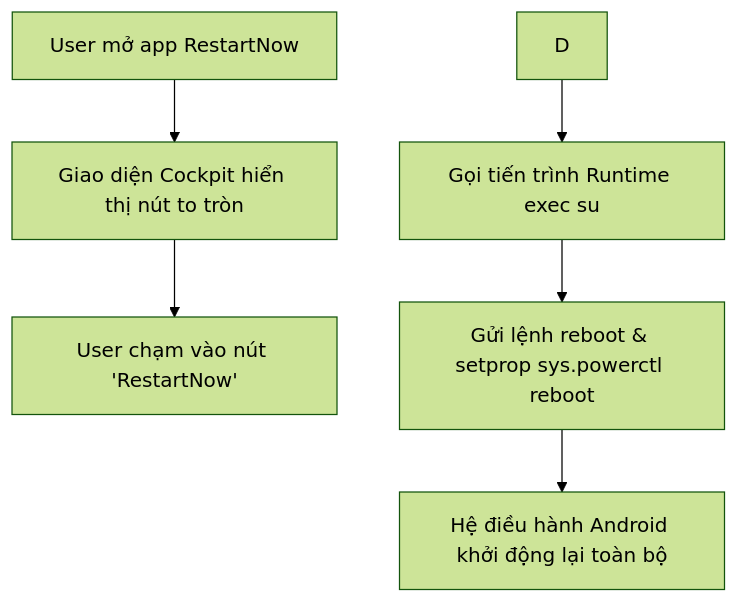
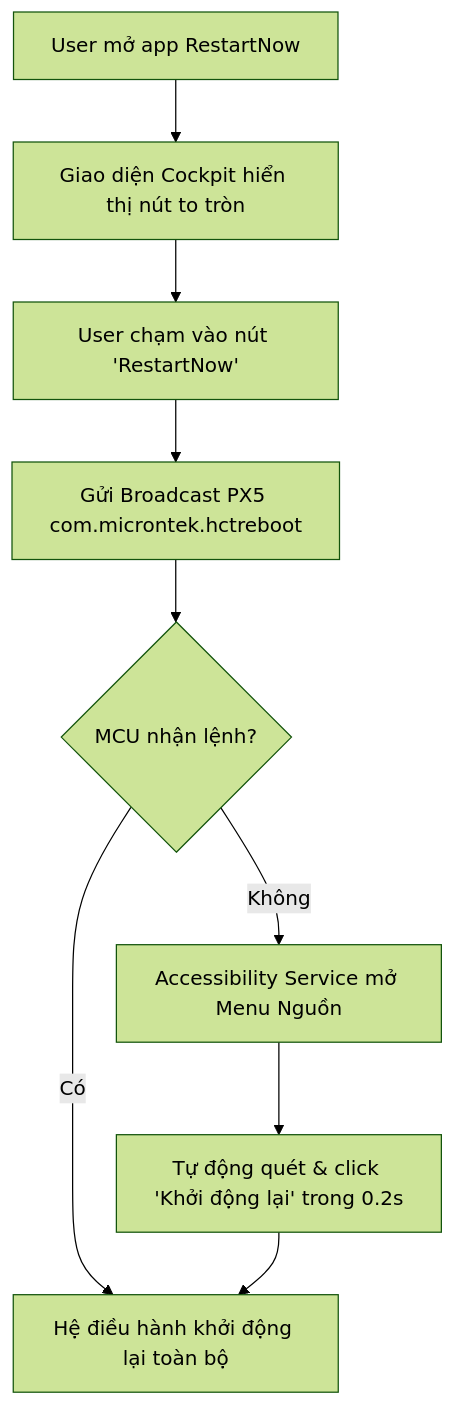
The diagram in docs/specs/restart_now_spec.md (LamDien/RestartNow), drawn with Mermaid (forest theme) before and after one commit. The commit also changed other lines of this file and 11 other files, not shown here.

Commit message:
docs & ui: remove all legacy SuperUser/Root references and update to No-Root architecture

````diff
--- a/docs/specs/restart_now_spec.md
+++ b/docs/specs/restart_now_spec.md
@@ -17,8 +17,11 @@
 ```mermaid
 graph TD
     A[User mở app RestartNow] --> B[Giao diện Cockpit hiển thị nút to tròn]
     B --> C[User chạm vào nút 'RestartNow']
-    D --> E[Gọi tiến trình Runtime exec su]
-    E --> F[Gửi lệnh reboot & setprop sys.powerctl reboot]
-    F --> G[Hệ điều hành Android khởi động lại toàn bộ]
+    C --> D[Gửi Broadcast PX5 com.microntek.hctreboot]
+    D --> E{MCU nhận lệnh?}
+    E -- Có --> F[Hệ điều hành khởi động lại toàn bộ]
+    E -- Không --> G[Accessibility Service mở Menu Nguồn]
+    G --> H[Tự động quét & click 'Khởi động lại' trong 0.2s]
+    H --> F
 ```
````
